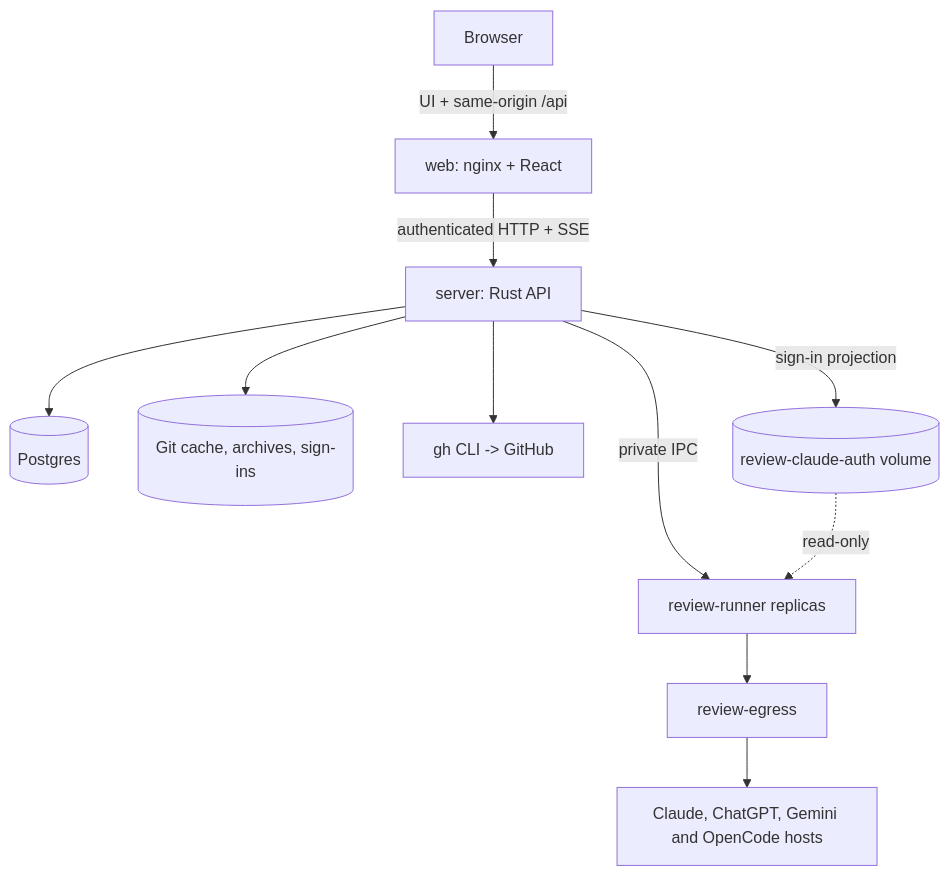
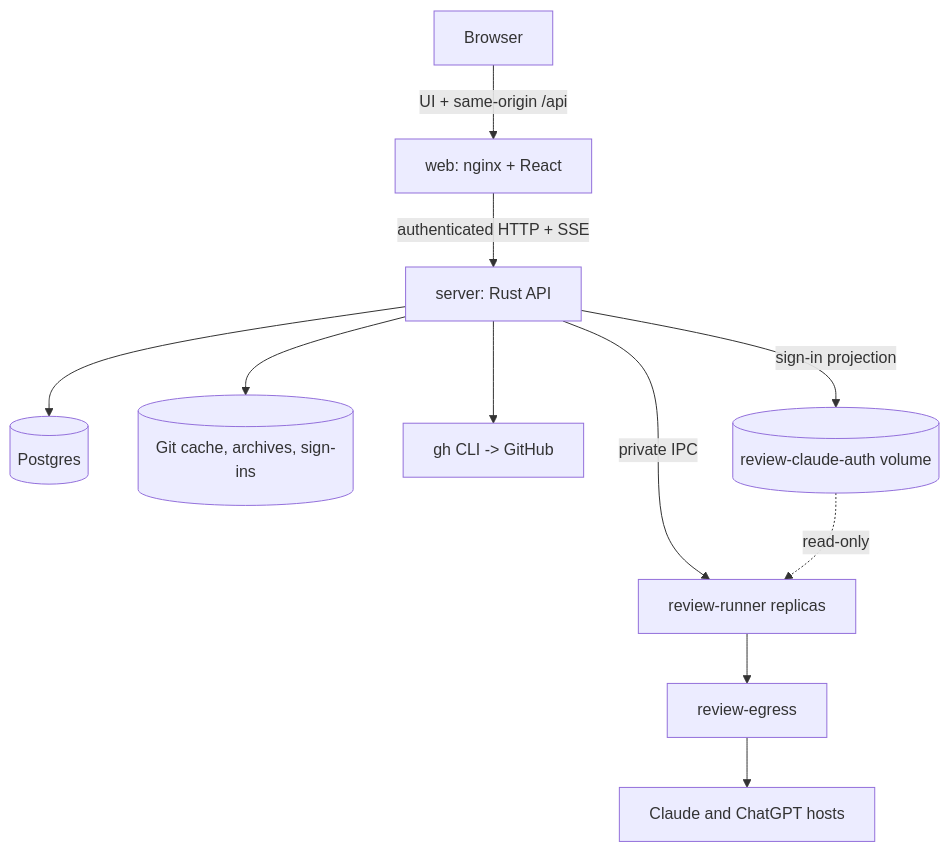
The diagram in docs/architecture.md (BridgLabs/opencodereview), drawn with Mermaid before and after one commit. The commit also changed other lines of this file and 15 other files, not shown here.

First line of the commit message:
docs: describe Claude and ChatGPT as the only providers

````diff
--- a/docs/architecture.md
+++ b/docs/architecture.md
@@ -7,13 +7,13 @@
 ```mermaid
 flowchart TB
   Browser[Browser] -->|UI + same-origin /api| Web[web: nginx + React]
   Web -->|authenticated HTTP + SSE| API[server: Rust API]
   API --> DB[(Postgres)]
   API --> FS[(Git cache, archives, sign-ins)]
   API --> GH[gh CLI -> GitHub]
   API -->|private IPC| Runners[review-runner replicas]
   Runners --> Egress[review-egress]
-  Egress --> Provider[Claude, ChatGPT, Gemini and OpenCode hosts]
+  Egress --> Provider[Claude and ChatGPT hosts]
   API -->|sign-in projection| Auth[(review-claude-auth volume)]
   Auth -. read-only .-> Runners
 ```
````
